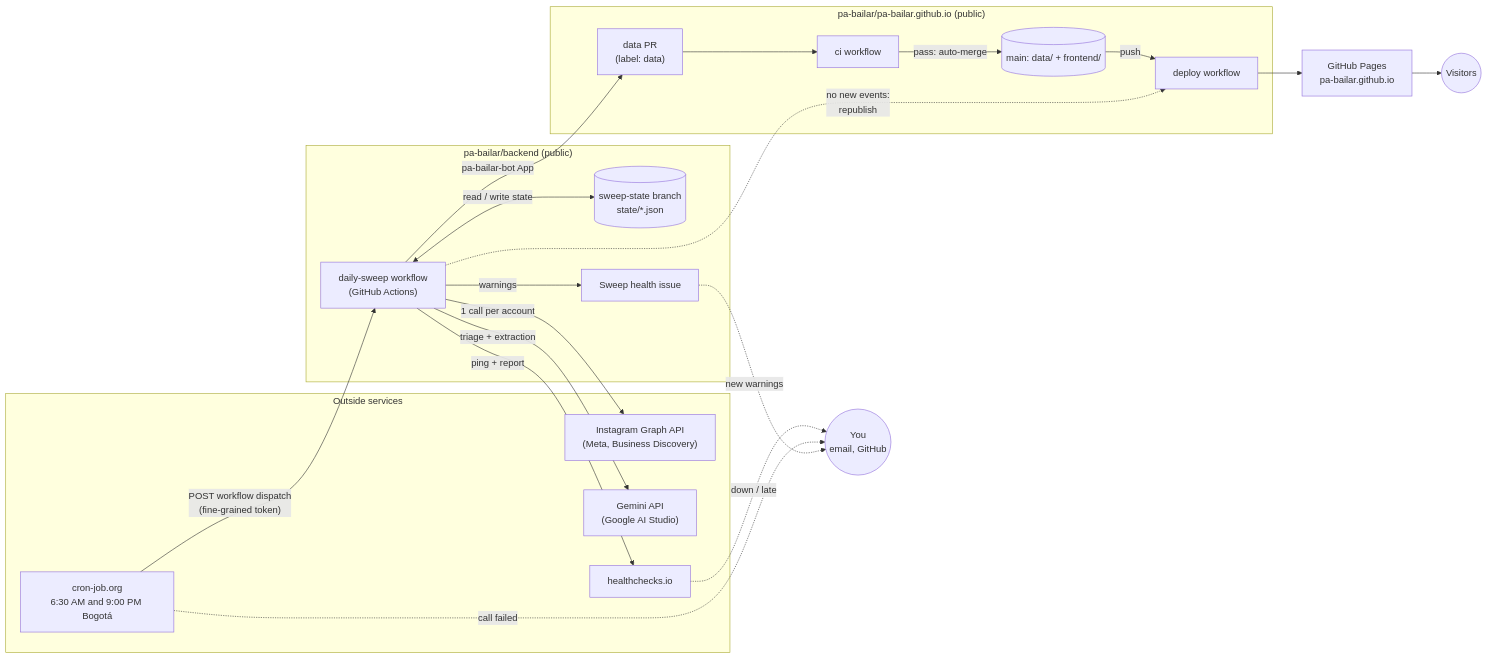
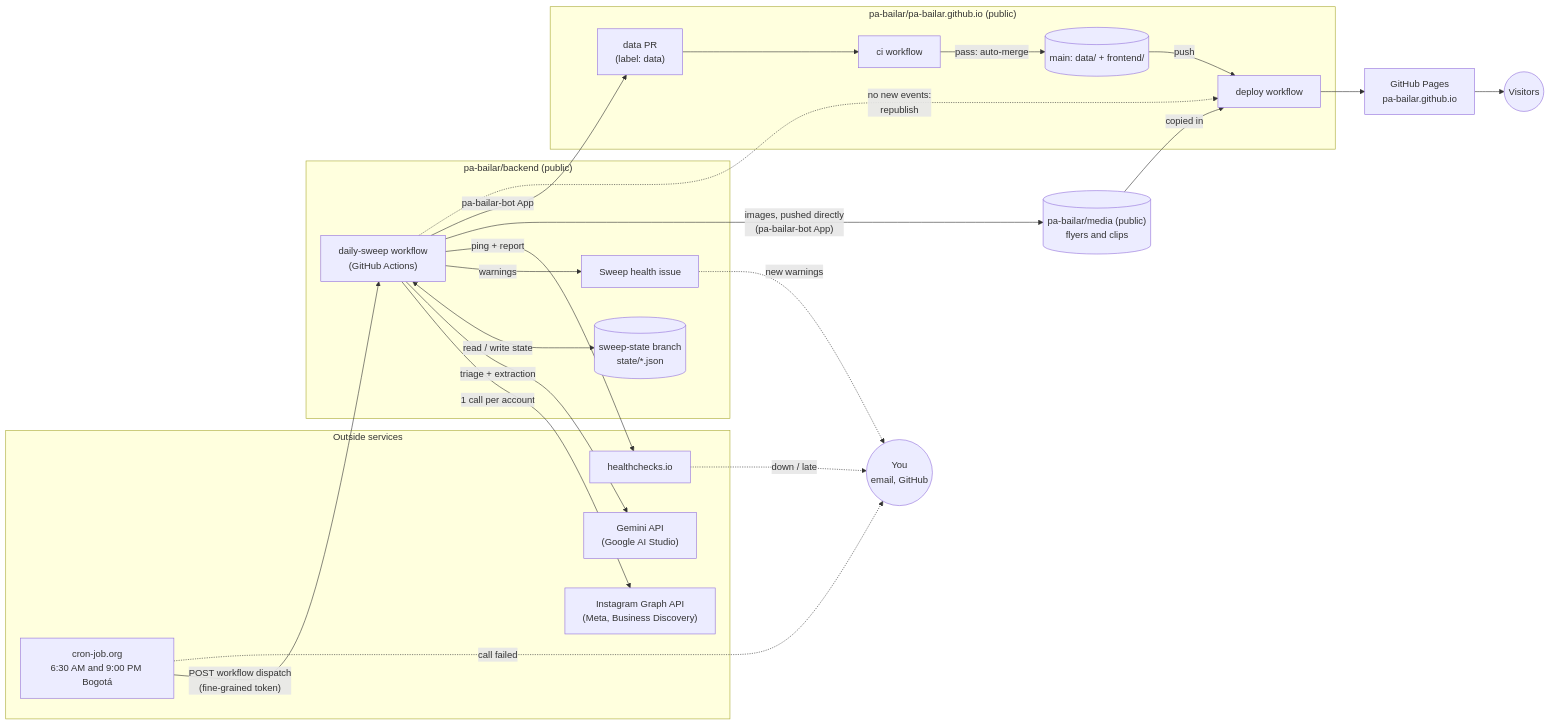
One commit to pa-bailar/backend changed the first of 12 diagrams in docs/ARCHITECTURE.md. Above: the diagram before and after it, drawn with Mermaid. The commit also changed other lines of this file, not shown here.

````diff
--- a/docs/ARCHITECTURE.md
+++ b/docs/ARCHITECTURE.md
@@ -40,40 +40,43 @@
 ```mermaid
 flowchart LR
     subgraph Outside["Outside services"]
         CJ["cron-job.org<br/>6:30 AM and 9:00 PM Bogotá"]
         IG["Instagram Graph API<br/>(Meta, Business Discovery)"]
         GM["Gemini API<br/>(Google AI Studio)"]
         HC["healthchecks.io"]
     end
 
     subgraph Backend["pa-bailar/backend (public)"]
         WF["daily-sweep workflow<br/>(GitHub Actions)"]
         SS[("sweep-state branch<br/>state/*.json")]
         ISS["Sweep health issue"]
     end
 
     subgraph Site["pa-bailar/pa-bailar.github.io (public)"]
         PR["data PR<br/>(label: data)"]
         CI["ci workflow"]
         MAIN[("main: data/ + frontend/")]
         DEP["deploy workflow"]
     end
 
+    MED[("pa-bailar/media (public)<br/>flyers and clips")]
     PAGES["GitHub Pages<br/>pa-bailar.github.io"]
     YOU(("You<br/>email, GitHub"))
     VIS(("Visitors"))
 
     CJ -- "POST workflow dispatch<br/>(fine-grained token)" --> WF
     WF -- "1 call per account" --> IG
     WF -- "triage + extraction" --> GM
     WF <-- "read / write state" --> SS
     WF -- "warnings" --> ISS
     WF -- "ping + report" --> HC
+    WF -- "images, pushed directly<br/>(pa-bailar-bot App)" --> MED
     WF -- "pa-bailar-bot App" --> PR
     PR --> CI -- "pass: auto-merge" --> MAIN
     MAIN -- "push" --> DEP --> PAGES --> VIS
+    MED -- "copied in" --> DEP
     WF -. "no new events:<br/>republish" .-> DEP
     HC -. "down / late" .-> YOU
     CJ -. "call failed" .-> YOU
     ISS -. "new warnings" .-> YOU
 ```
````
